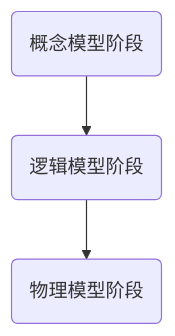
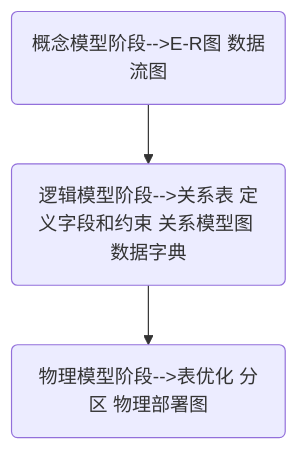
Before and after one commit to 0x00t0x7f/misc-notes: the diagram in 数据库建模.md, drawn with Mermaid.

````diff
--- a/数据库建模.md
+++ b/数据库建模.md
@@ -6,7 +6,7 @@
 ```mermaid
 graph TD
-    A(概念模型阶段)
-    B(逻辑模型阶段)
-    C(物理模型阶段)
+    A(概念模型阶段-->E-R图 数据流图)
+    B(逻辑模型阶段-->关系表 定义字段和约束 关系模型图 数据字典)
+    C(物理模型阶段-->表优化 分区 物理部署图)
     A-->B-->C
 ```
````
